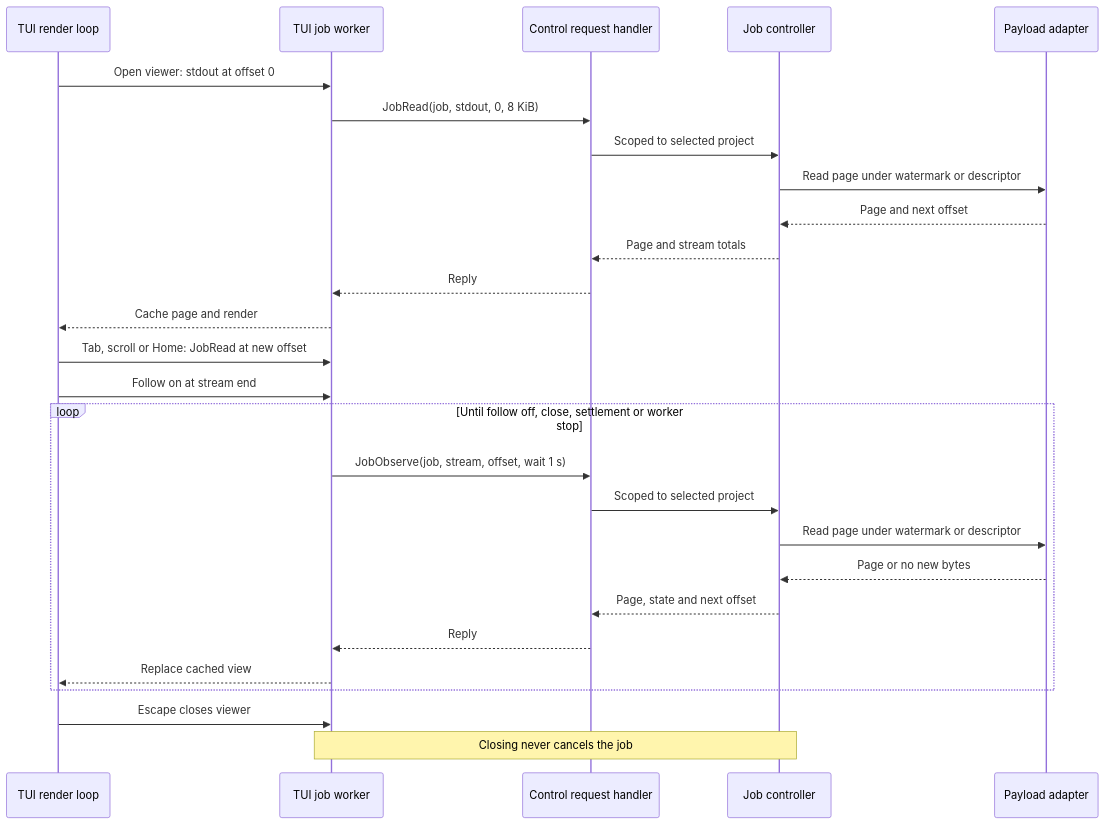
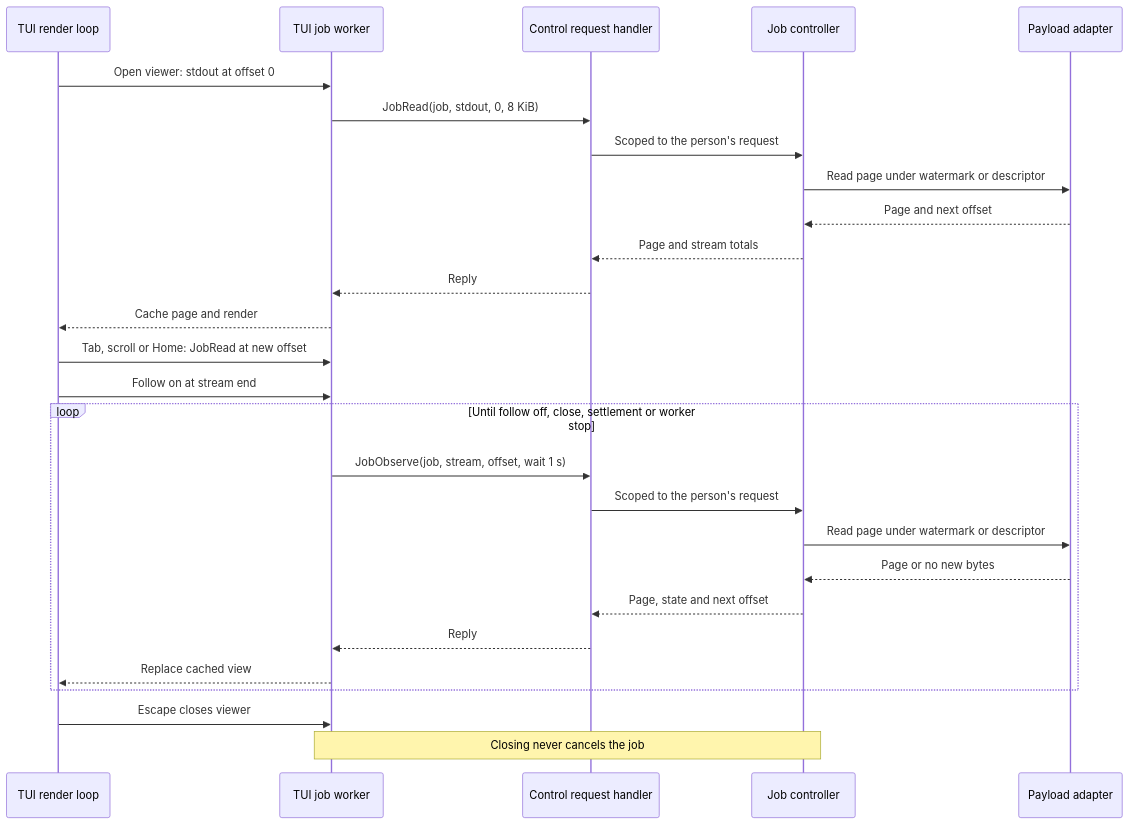
The third of 6 diagrams in docs/designs/tool-job-controller.md (pidster/asura), drawn with Mermaid before and after one commit. The commit also changed other lines of this file and 7 other files, not shown here.

````diff
--- a/docs/designs/tool-job-controller.md
+++ b/docs/designs/tool-job-controller.md
@@ -253,29 +260,29 @@
 ```mermaid
 sequenceDiagram
     participant U as TUI render loop
     participant W as TUI job worker
     participant R as Control request handler
     participant K as Job controller
     participant S as Payload adapter
     U->>W: Open viewer: stdout at offset 0
     W->>R: JobRead(job, stdout, 0, 8 KiB)
-    R->>K: Scoped to selected project
+    R->>K: Scoped to the person's request
     K->>S: Read page under watermark or descriptor
     S-->>K: Page and next offset
     K-->>R: Page and stream totals
     R-->>W: Reply
     W-->>U: Cache page and render
     U->>W: Tab, scroll or Home: JobRead at new offset
     U->>W: Follow on at stream end
     loop Until follow off, close, settlement or worker stop
         W->>R: JobObserve(job, stream, offset, wait 1 s)
-        R->>K: Scoped to selected project
+        R->>K: Scoped to the person's request
         K->>S: Read page under watermark or descriptor
         S-->>K: Page or no new bytes
         K-->>R: Page, state and next offset
         R-->>W: Reply
         W-->>U: Replace cached view
     end
     U->>W: Escape closes viewer
     Note over W,K: Closing never cancels the job
 ```
````
